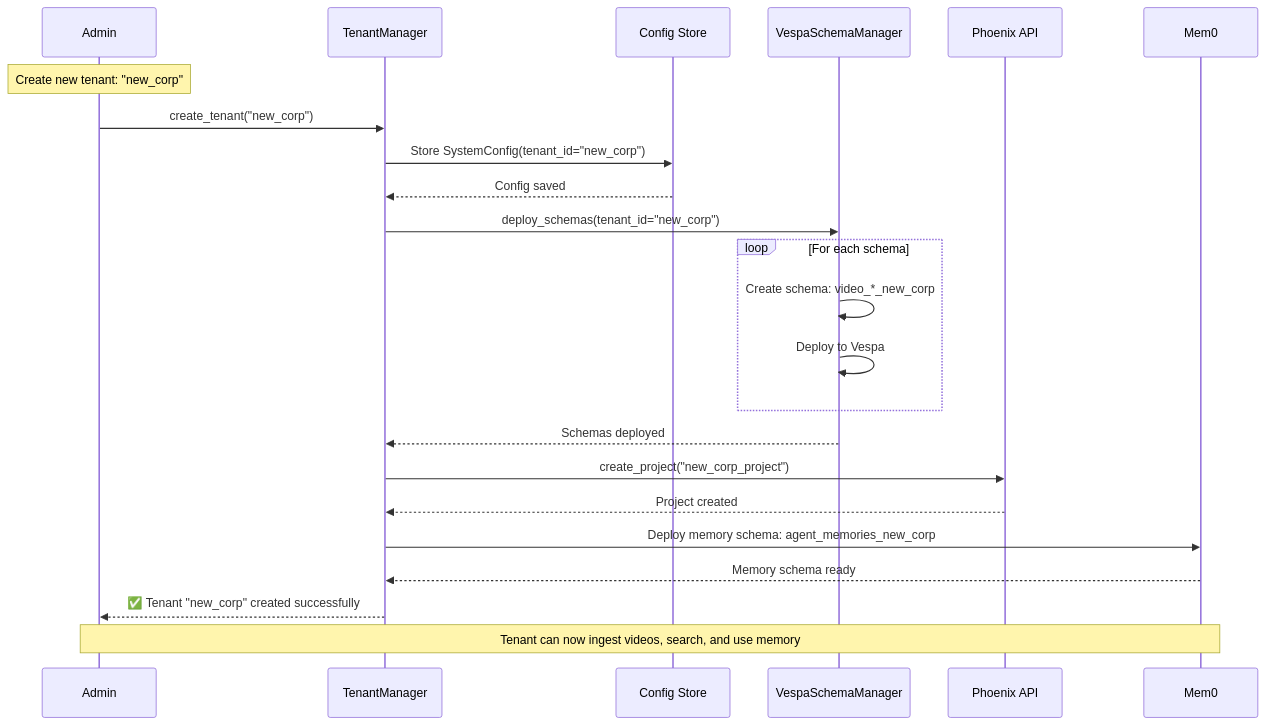
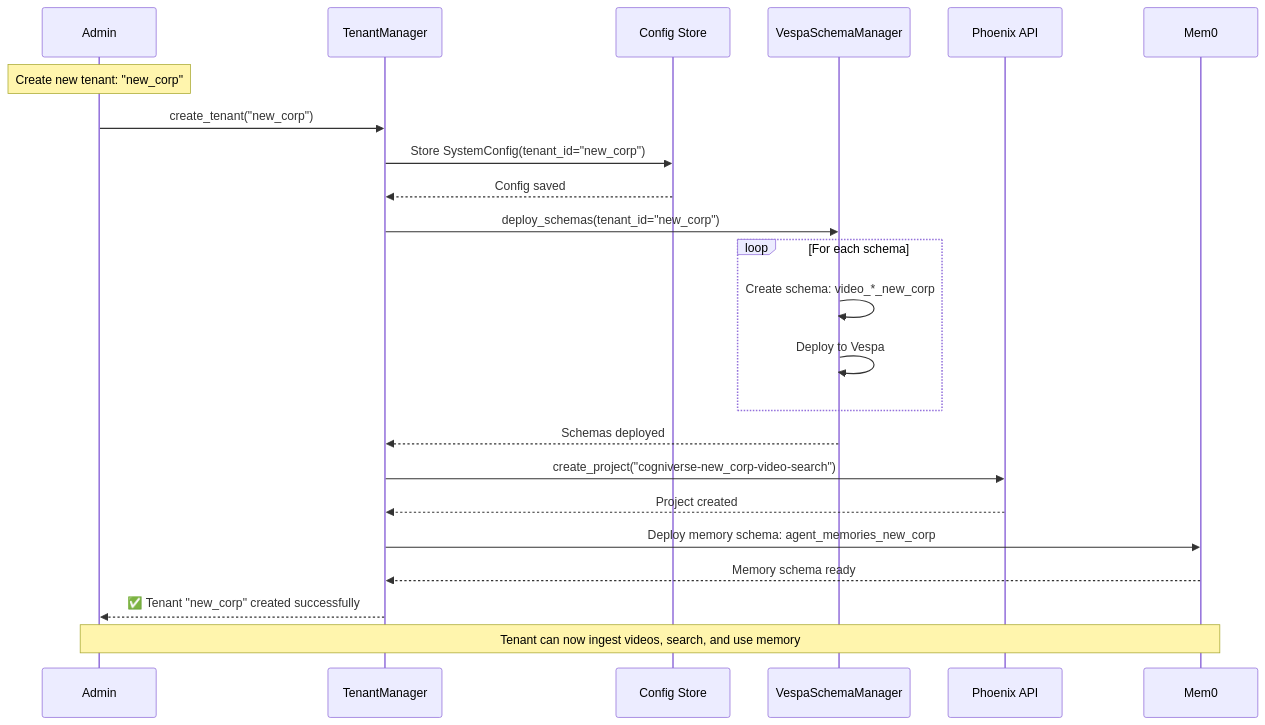
One commit to amit-jain/cogniverse changed diagram 17 of 19 in docs/diagrams/multi-tenant-diagrams.md. Above: the diagram before and after it, drawn with Mermaid. The commit also changed other lines of this file and 83 other files, not shown here.

First line of the commit message:
Fix documentation veracity, formatting, and diagrams across all modules

````diff
--- a/docs/diagrams/multi-tenant-diagrams.md
+++ b/docs/diagrams/multi-tenant-diagrams.md
@@ -660,33 +711,33 @@
 ```mermaid
 sequenceDiagram
     participant Admin as Admin
     participant TenantMgr as TenantManager
     participant ConfigStore as Config Store
     participant SchemaManager as VespaSchemaManager
     participant Phoenix as Phoenix API
     participant Mem0 as Mem0
 
     Note over Admin: Create new tenant: "new_corp"
 
     Admin->>TenantMgr: create_tenant("new_corp")
 
     TenantMgr->>ConfigStore: Store SystemConfig(tenant_id="new_corp")
     ConfigStore-->>TenantMgr: Config saved
 
     TenantMgr->>SchemaManager: deploy_schemas(tenant_id="new_corp")
     loop For each schema
         SchemaManager->>SchemaManager: Create schema: video_*_new_corp
         SchemaManager->>SchemaManager: Deploy to Vespa
     end
     SchemaManager-->>TenantMgr: Schemas deployed
 
-    TenantMgr->>Phoenix: create_project("new_corp_project")
+    TenantMgr->>Phoenix: create_project("cogniverse-new_corp-video-search")
     Phoenix-->>TenantMgr: Project created
 
     TenantMgr->>Mem0: Deploy memory schema: agent_memories_new_corp
     Mem0-->>TenantMgr: Memory schema ready
 
     TenantMgr-->>Admin: ✅ Tenant "new_corp" created successfully
 
     Note over Admin,Mem0: Tenant can now ingest videos, search, and use memory
 ```
````
